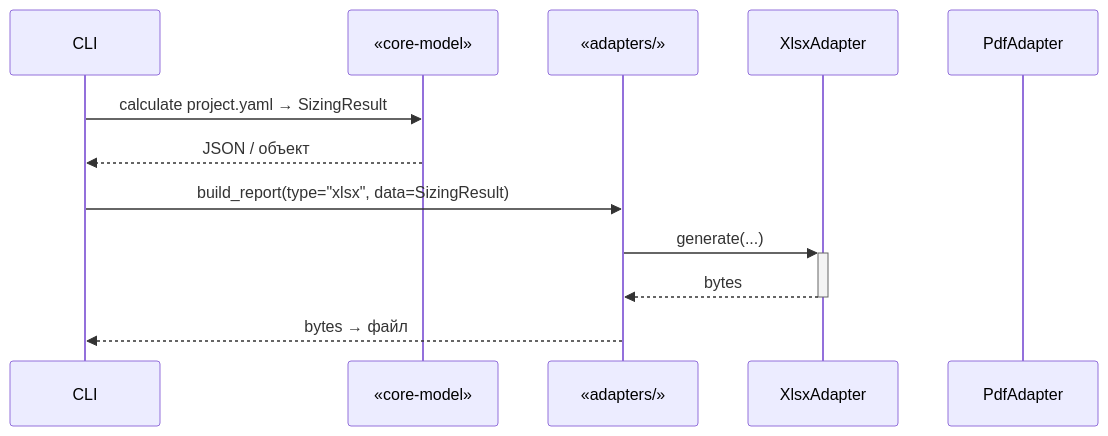
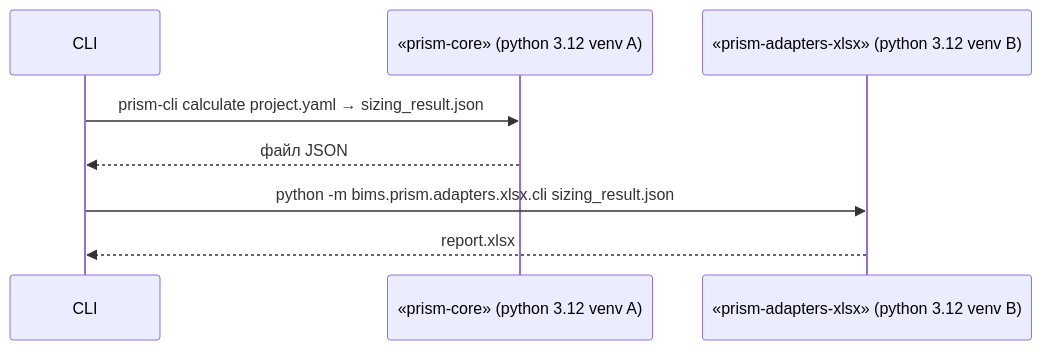
Before and after one commit to Max-Moro/prism: the diagram in docs/adapters_report_architecture.md, drawn with Mermaid. The commit also changed other lines of this file and 3 other files, not shown here.

````diff
--- a/docs/adapters_report_architecture.md
+++ b/docs/adapters_report_architecture.md
@@ -46,15 +45,11 @@
 ```mermaid
 sequenceDiagram
     participant CLI
-    participant CoreModel as «core-model»
-    participant ReportFacade as «adapters/»
-    participant XLSX as XlsxAdapter
-    participant PDF as PdfAdapter
+    participant Core as «prism-core»  (python 3.12 venv A)
+    participant XLSX as «prism-adapters-xlsx»  (python 3.12 venv B)
 
-    CLI->>CoreModel: calculate project.yaml → SizingResult
-    CoreModel-->>CLI: JSON / объект
-    CLI->>ReportFacade: build_report(type="xlsx", data=SizingResult)
-    ReportFacade->>+XLSX: generate(...)
-    XLSX-->>-ReportFacade: bytes
-    ReportFacade-->>CLI: bytes → файл
+    CLI->>Core: prism-cli calculate project.yaml → sizing_result.json
+    Core-->>CLI: файл JSON
+    CLI->>XLSX: python -m bims.prism.adapters.xlsx.cli sizing_result.json
+    XLSX-->>CLI: report.xlsx
 ```
````
